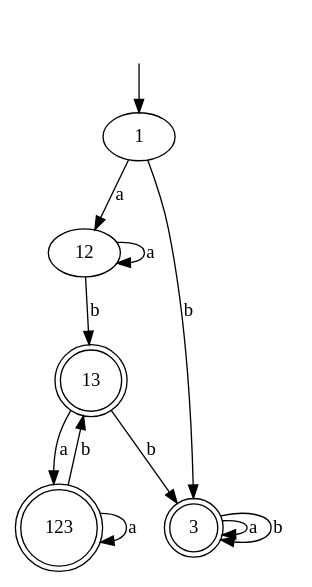
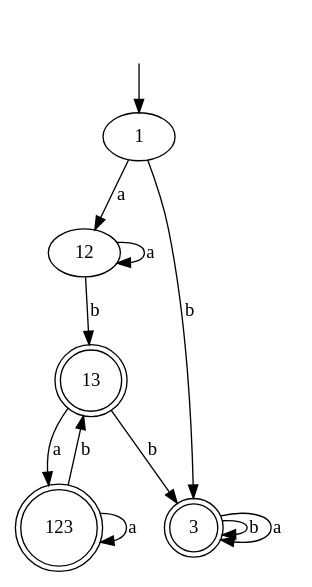
The diagram in files/dependency_graphs/deterministic finite state machine.gv (PyAlexOs/TheoryFormalLanguages), drawn with Graphviz before and after one commit. The commit also changed other lines of this file and 1 other file, not shown here.

```diff
--- a/files/dependency_graphs/deterministic finite state machine.gv
+++ b/files/dependency_graphs/deterministic finite state machine.gv
@@ -1,22 +1,22 @@
 digraph "deterministic finite state machine" {
+	" " [shape=plaintext]
+	" " -> 1
+	1 -> 12 [label=a]
+	123 [shape=doublecircle]
+	13 -> 123 [label=a]
+	12 -> 12 [label=a]
 	13 [shape=doublecircle]
 	12 -> 13 [label=b]
 	3 [shape=doublecircle]
-	3 -> 3 [label=a]
-	" " [shape=plaintext]
-	" " -> 1
+	13 -> 3 [label=b]
+	13 [shape=doublecircle]
+	123 -> 13 [label=b]
 	3 [shape=doublecircle]
 	1 -> 3 [label=b]
-	1 -> 12 [label=a]
 	3 [shape=doublecircle]
 	3 -> 3 [label=b]
-	13 [shape=doublecircle]
-	123 -> 13 [label=b]
-	123 [shape=doublecircle]
-	13 -> 123 [label=a]
-	12 -> 12 [label=a]
 	123 [shape=doublecircle]
 	123 -> 123 [label=a]
 	3 [shape=doublecircle]
-	13 -> 3 [label=b]
+	3 -> 3 [label=a]
 }
```
